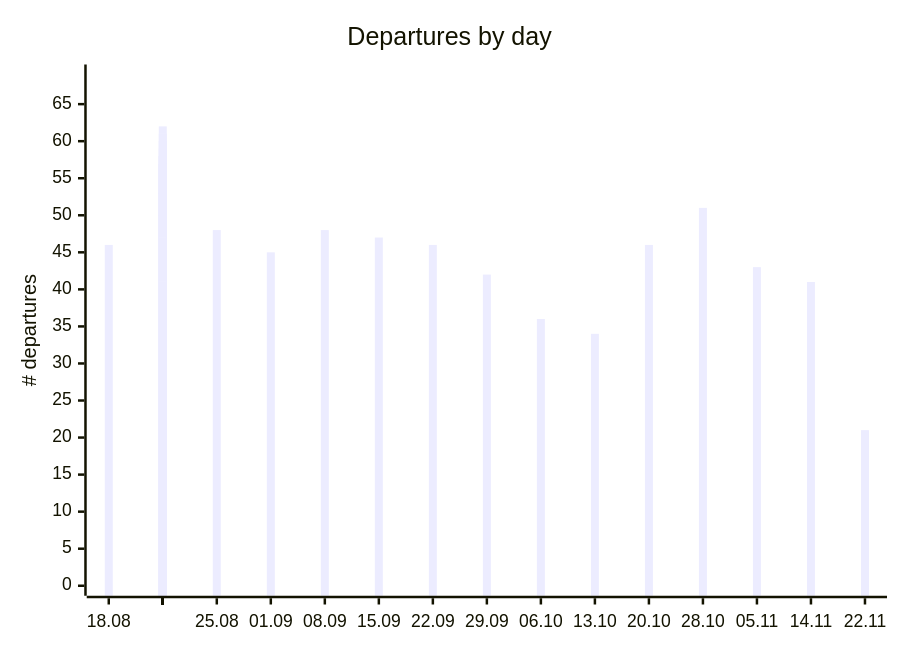
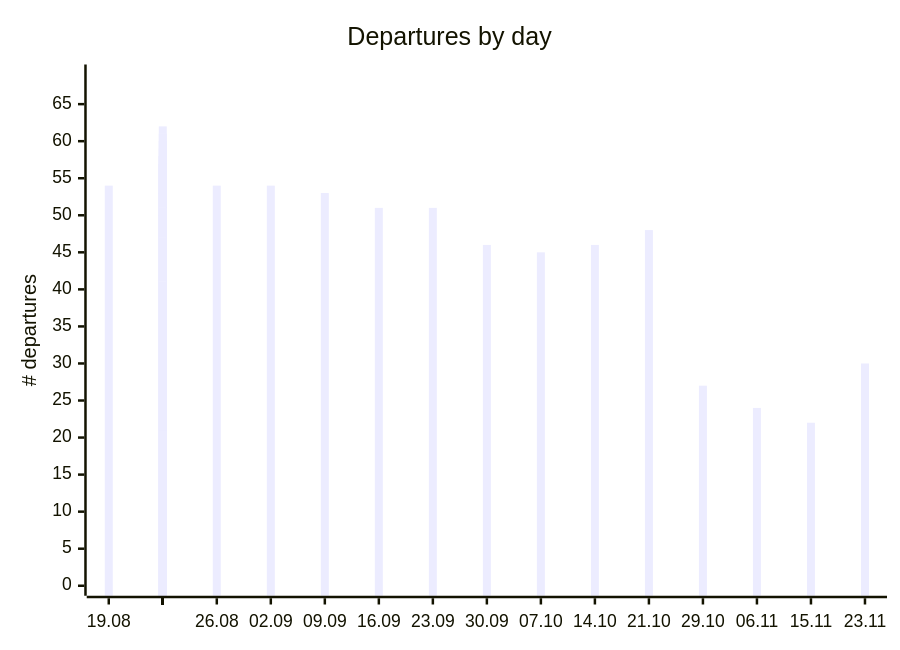
The first of 2 diagrams in README.md (rainermesi/tll-airport-departures), drawn with Mermaid before and after one commit. The commit also changed other lines of this file and 3 other files, not shown here.

````diff
--- a/README.md
+++ b/README.md
@@ -65,12 +65,12 @@
 ```mermaid
 ---
 xyChart:
     xAxis:
       labelFontSize: 8
 ---
 xychart-beta
     title "Departures by day"
-    x-axis ["18.08", " ", " ", " ", " ", " ", " ", "25.08", " ", " ", " ", " ", " ", " ", "01.09", " ", " ", " ", " ", " ", " ", "08.09", " ", " ", " ", " ", " ", " ", "15.09", " ", " ", " ", " ", " ", " ", "22.09", " ", " ", " ", " ", " ", " ", "29.09", " ", " ", " ", " ", " ", " ", "06.10", " ", " ", " ", " ", " ", " ", "13.10", " ", " ", " ", " ", " ", " ", "20.10", " ", " ", " ", " ", " ", " ", "28.10", " ", " ", " ", " ", " ", " ", "05.11", " ", " ", " ", " ", " ", " ", "14.11", " ", " ", " ", " ", "22.11"]
+    x-axis ["19.08", " ", " ", " ", " ", " ", " ", "26.08", " ", " ", " ", " ", " ", " ", "02.09", " ", " ", " ", " ", " ", " ", "09.09", " ", " ", " ", " ", " ", " ", "16.09", " ", " ", " ", " ", " ", " ", "23.09", " ", " ", " ", " ", " ", " ", "30.09", " ", " ", " ", " ", " ", " ", "07.10", " ", " ", " ", " ", " ", " ", "14.10", " ", " ", " ", " ", " ", " ", "21.10", " ", " ", " ", " ", " ", " ", "29.10", " ", " ", " ", " ", " ", " ", "06.11", " ", " ", " ", " ", " ", " ", "15.11", " ", " ", " ", " ", "23.11"]
     y-axis "# departures" 0 --> 69
-    bar [46, 54, 55, 60, 43, 58, 58, 48, 54, 33, 32, 34, 52, 54, 45, 54, 49, 62, 42, 56, 57, 48, 53, 52, 61, 44, 54, 56, 47, 51, 52, 59, 43, 52, 55, 46, 51, 53, 57, 40, 48, 54, 42, 46, 52, 54, 40, 48, 50, 36, 45, 46, 53, 35, 49, 50, 34, 46, 52, 58, 44, 55, 56, 46, 48, 52, 57, 46, 50, 46, 51, 27, 49, 49, 50, 44, 20, 43, 24, 45, 47, 38, 20, 23, 41, 22, 37, 24, 41, 21]
+    bar [54, 55, 60, 43, 58, 58, 48, 54, 33, 32, 34, 52, 54, 45, 54, 49, 62, 42, 56, 57, 48, 53, 52, 61, 44, 54, 56, 47, 51, 52, 59, 43, 52, 55, 46, 51, 53, 57, 40, 48, 54, 42, 46, 52, 54, 40, 48, 50, 36, 45, 46, 53, 35, 49, 50, 34, 46, 52, 58, 44, 55, 56, 46, 48, 52, 57, 46, 50, 46, 51, 27, 49, 49, 50, 44, 20, 43, 24, 45, 47, 38, 20, 23, 41, 22, 37, 24, 41, 21, 30]
 ```
````
